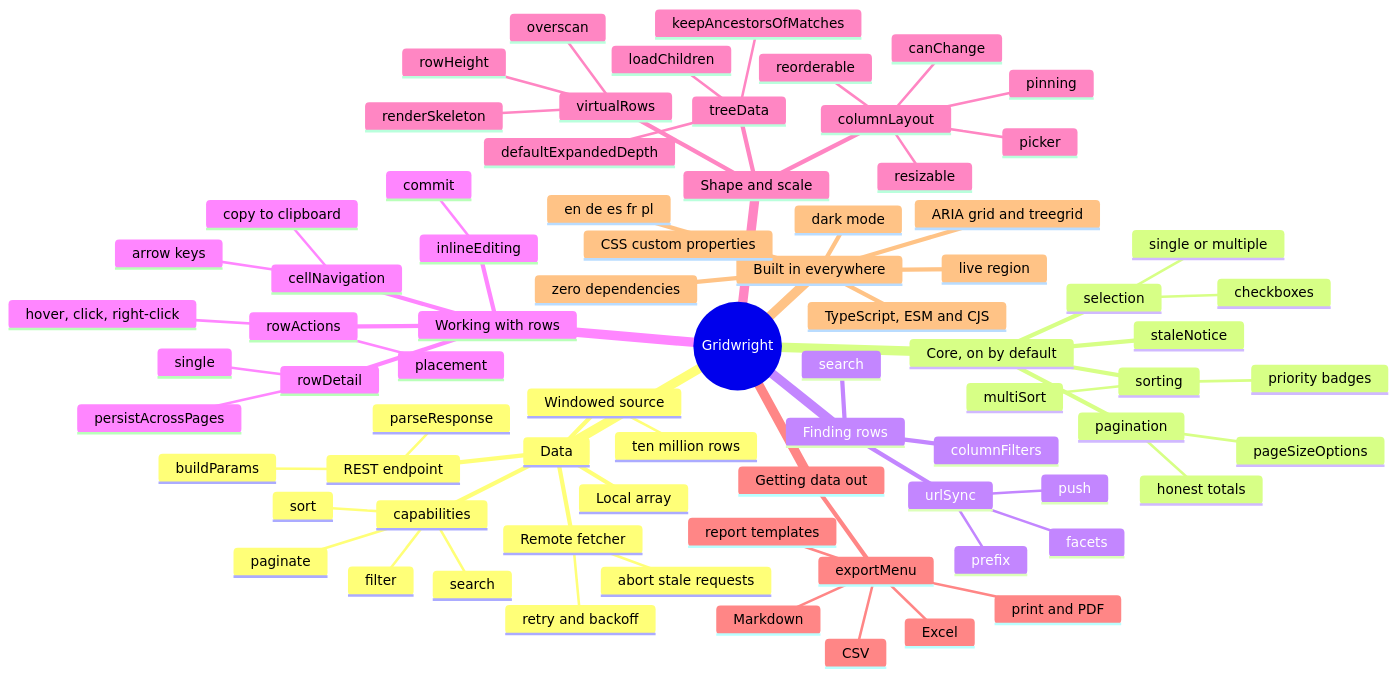
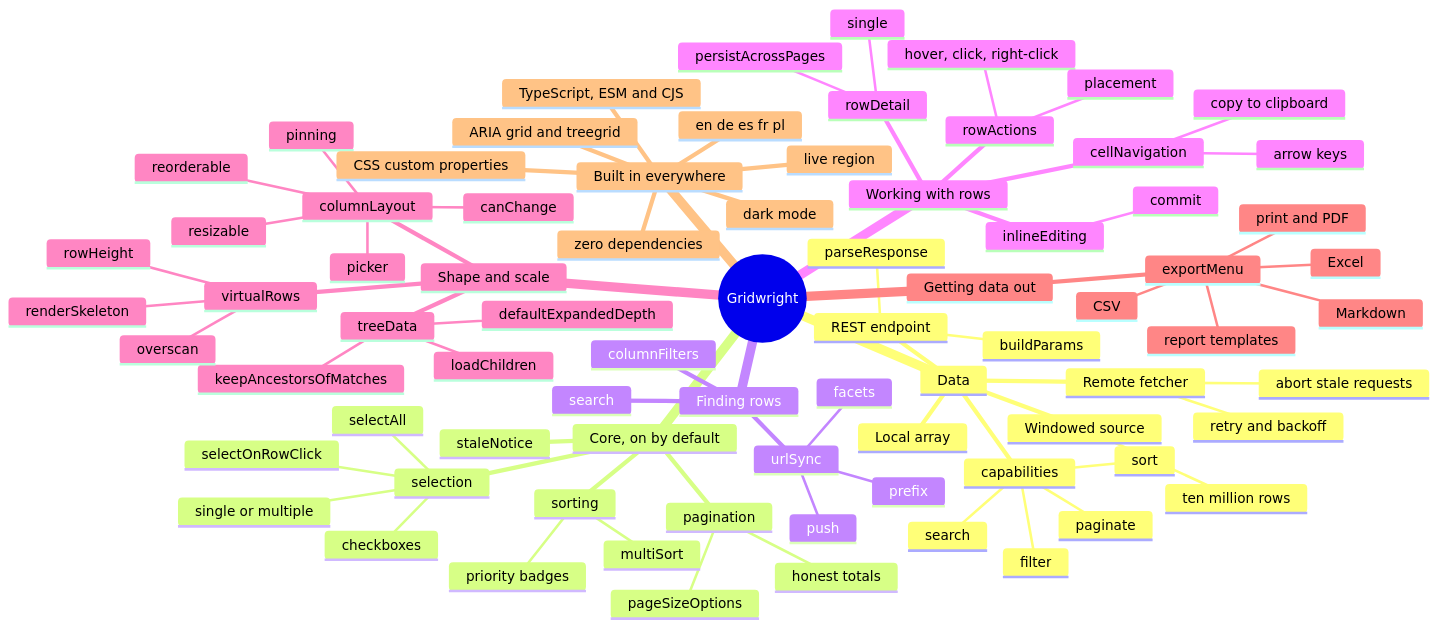
Before and after one commit to yaotzin1/apsw-gridwright: the first of 2 diagrams in README.md, drawn with Mermaid. The commit also changed other lines of this file and 18 other files, not shown here.

First line of the commit message:
feat(react): select rows by clicking them, and hide select-all

````diff
--- a/README.md
+++ b/README.md
@@ -36,79 +36,81 @@
 ```mermaid
 mindmap
   root((Gridwright))
     Data
       Local array
       REST endpoint
         buildParams
         parseResponse
       Remote fetcher
         retry and backoff
         abort stale requests
       Windowed source
         ten million rows
       capabilities
         sort
         filter
         search
         paginate
     Core, on by default
       sorting
         multiSort
         priority badges
       selection
         single or multiple
         checkboxes
+        selectAll
+        selectOnRowClick
       pagination
         pageSizeOptions
         honest totals
       staleNotice
     Finding rows
       search
       columnFilters
       urlSync
         facets
         push
         prefix
     Working with rows
       rowActions
         hover, click, right-click
         placement
       inlineEditing
         commit
       rowDetail
         single
         persistAcrossPages
       cellNavigation
         arrow keys
         copy to clipboard
     Shape and scale
       treeData
         loadChildren
         defaultExpandedDepth
         keepAncestorsOfMatches
       virtualRows
         rowHeight
         overscan
         renderSkeleton
       columnLayout
         resizable
         reorderable
         pinning
         picker
         canChange
     Getting data out
       exportMenu
         CSV
         Excel
         Markdown
         print and PDF
         report templates
     Built in everywhere
       ARIA grid and treegrid
       live region
       en de es fr pl
       CSS custom properties
       dark mode
       TypeScript, ESM and CJS
       zero dependencies
 ```
````
